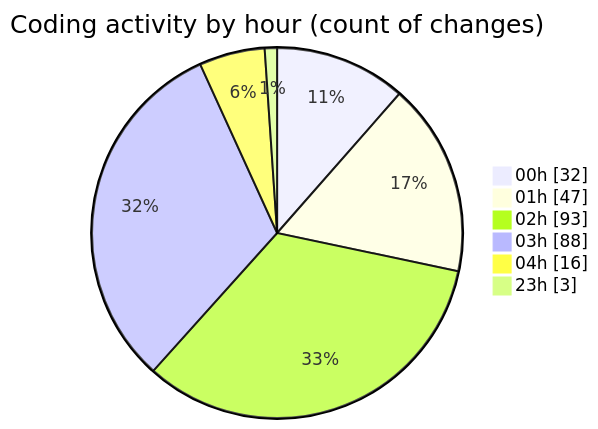
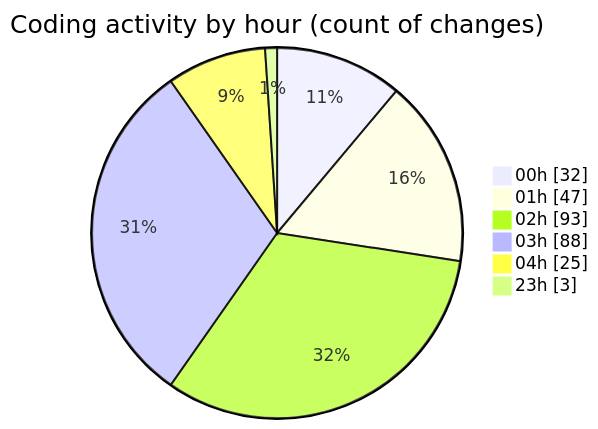
The second of 2 diagrams in 2025-07-28/quanlyrapchieuphim-1/README.md (lephambinh05/code-tracking), drawn with Mermaid before and after one commit. The commit also changed other lines of this file and 1 other file, not shown here.

````diff
--- a/2025-07-28/quanlyrapchieuphim-1/README.md
+++ b/2025-07-28/quanlyrapchieuphim-1/README.md
@@ -63,10 +68,10 @@
 ```mermaid
 pie showData
 title Coding activity by hour (count of changes)
 "00h" : 32
 "01h" : 47
 "02h" : 93
 "03h" : 88
-"04h" : 16
+"04h" : 25
 "23h" : 3
 ```
````
